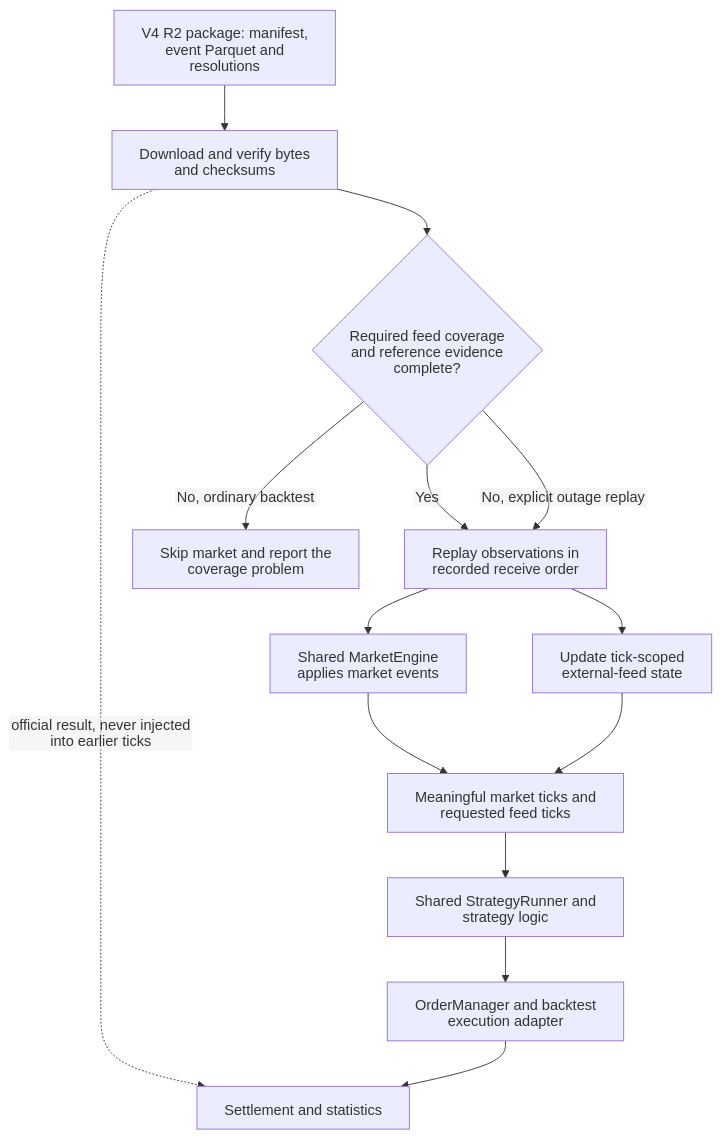
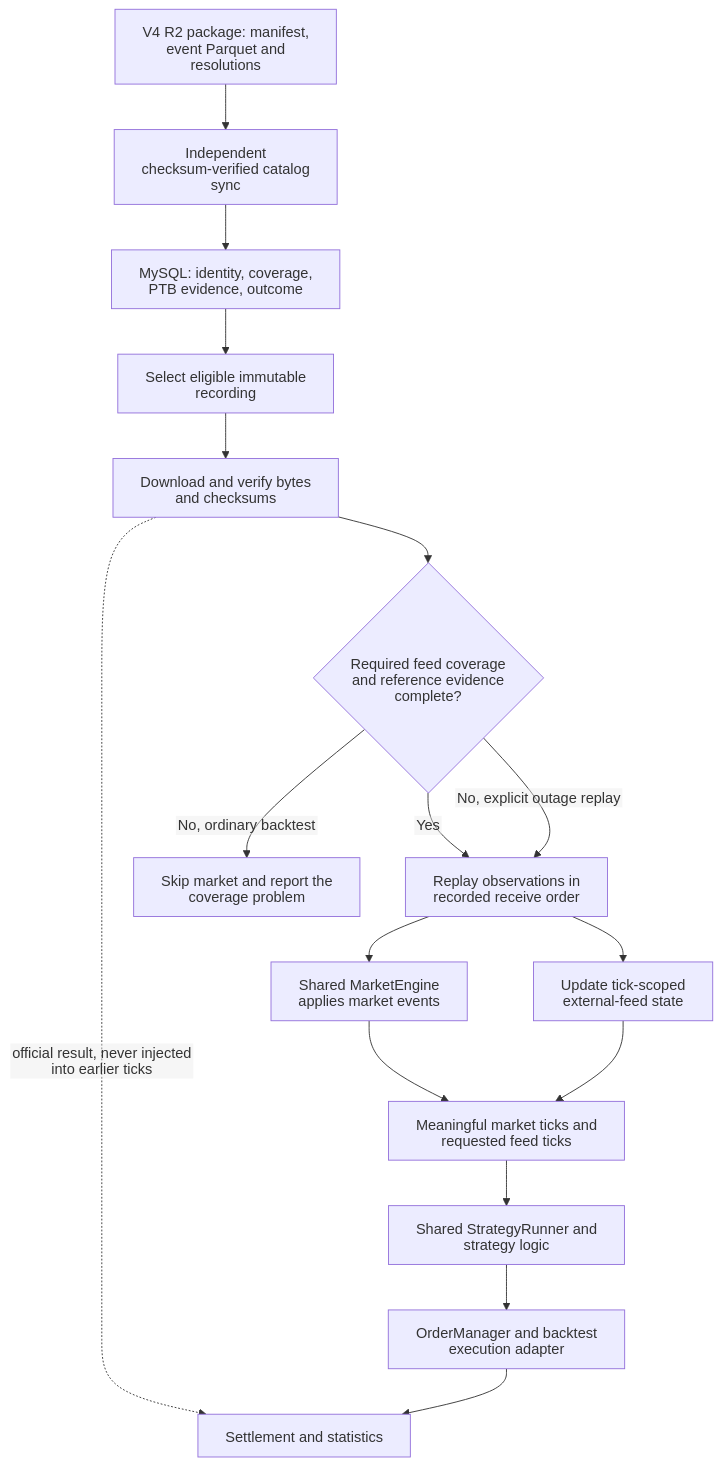
One commit to ivanmijatovic89/polymarket-bot changed the second of 2 diagrams in docs/datasets/recording/recorder-v4.md. Above: the diagram before and after it, drawn with Mermaid. The commit also changed other lines of this file and 33 other files, not shown here.

Commit message:
Index Recorder V4 packages in MySQL for discovery and fleet downloads

````diff
--- a/docs/datasets/recording/recorder-v4.md
+++ b/docs/datasets/recording/recorder-v4.md
@@ -281,17 +281,20 @@
 ```mermaid
 %%{init: {"htmlLabels": false}}%%
 flowchart TD
-    R2["V4 R2 package: manifest, event Parquet and resolutions"] --> CACHE["Download and verify bytes and checksums"]
+    R2["V4 R2 package: manifest, event Parquet and resolutions"] --> INDEX["Independent checksum-verified catalog sync"]
+    INDEX --> MYSQL["MySQL: identity, coverage, PTB evidence, outcome"]
+    MYSQL --> SELECT["Select eligible immutable recording"]
+    SELECT --> CACHE["Download and verify bytes and checksums"]
     CACHE --> GATE{"Required feed coverage and reference evidence complete?"}
     GATE -- "Yes" --> REPLAY["Replay observations in recorded receive order"]
     GATE -- "No, ordinary backtest" --> SKIP["Skip market and report the coverage problem"]
     GATE -- "No, explicit outage replay" --> REPLAY
     REPLAY --> FEEDS["Update tick-scoped external-feed state"]
     REPLAY --> ENGINE["Shared MarketEngine applies market events"]
     ENGINE --> TICK["Meaningful market ticks and requested feed ticks"]
     FEEDS --> TICK
     TICK --> STRATEGY["Shared StrategyRunner and strategy logic"]
     STRATEGY --> EXEC["OrderManager and backtest execution adapter"]
     CACHE -. "official result, never injected into earlier ticks" .-> SETTLE["Settlement and statistics"]
     EXEC --> SETTLE
 ```
````
